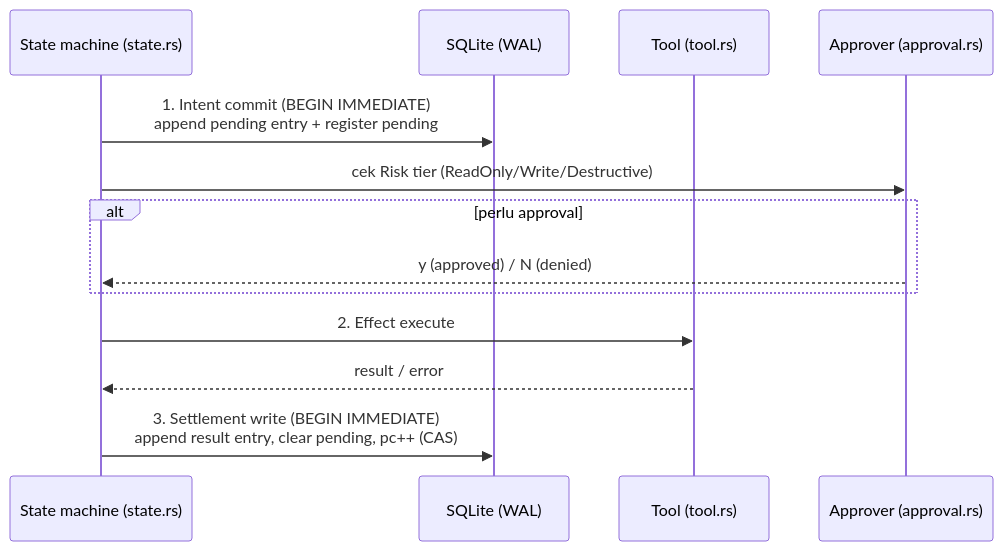
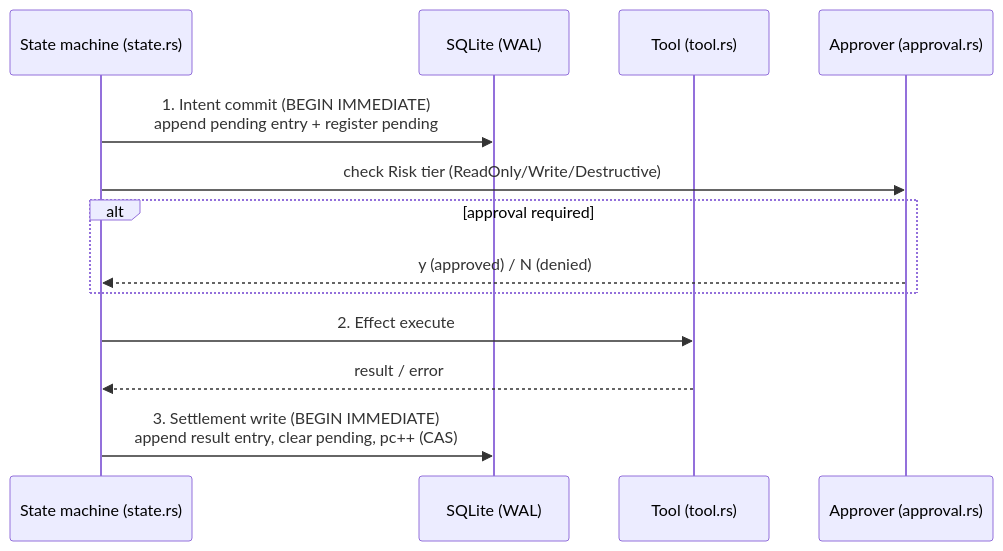
One commit to codecoradev/tole changed the third of 3 diagrams in docs/architecture.md. Above: the diagram before and after it, drawn with Mermaid. The commit also changed other lines of this file and 2 other files, not shown here.

First line of the commit message:
docs: translate PRD, architecture, and epics to English

````diff
--- a/docs/architecture.md
+++ b/docs/architecture.md
@@ -91,16 +91,16 @@
 ```mermaid
 sequenceDiagram
     participant SM as State machine (state.rs)
     participant DB as SQLite (WAL)
     participant T as Tool (tool.rs)
     participant AP as Approver (approval.rs)
 
     SM->>DB: 1. Intent commit (BEGIN IMMEDIATE)<br/>append pending entry + register pending
-    SM->>AP: cek Risk tier (ReadOnly/Write/Destructive)
-    alt perlu approval
+    SM->>AP: check Risk tier (ReadOnly/Write/Destructive)
+    alt approval required
         AP-->>SM: y (approved) / N (denied)
     end
     SM->>T: 2. Effect execute
     T-->>SM: result / error
     SM->>DB: 3. Settlement write (BEGIN IMMEDIATE)<br/>append result entry, clear pending, pc++ (CAS)
 ```
````
